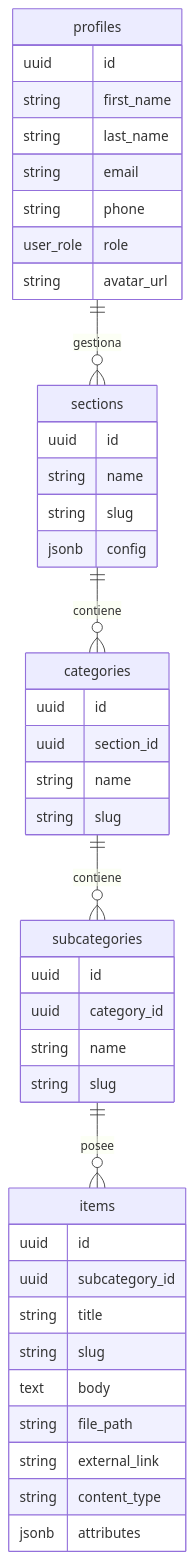
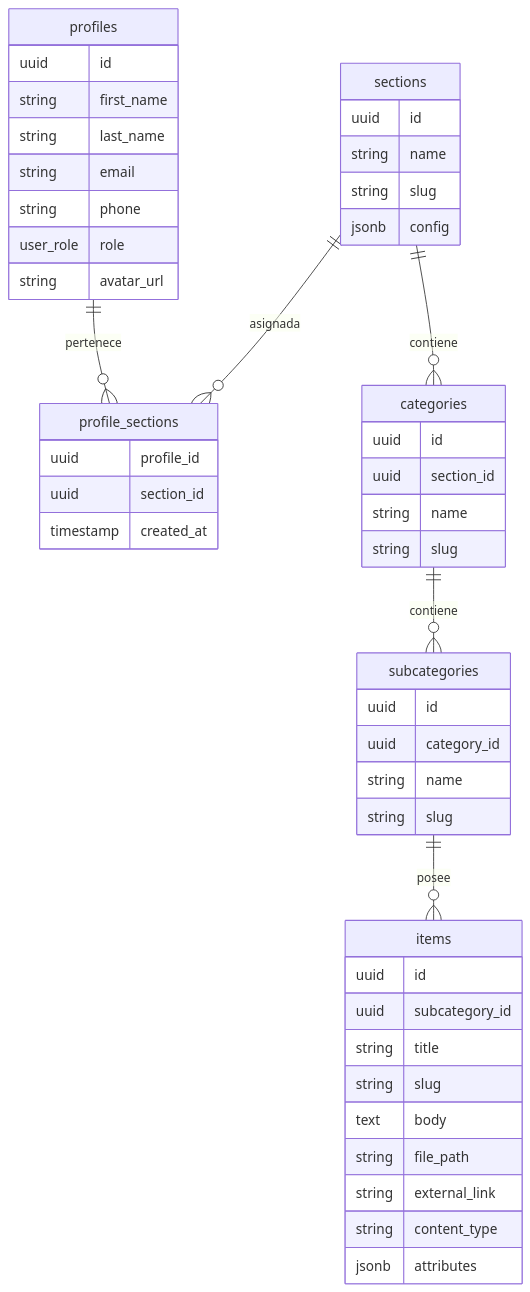
The diagram in docs/DATABASE_DESIGN.md (FMontes-alt/AdminPanel-Telmark), drawn with Mermaid before and after one commit. The commit also changed other lines of this file and 1 other file, not shown here.

Commit message:
feat: Implement initial database schema with Drizzle ORM and document its design, including ERD and SQL.

````diff
--- a/docs/DATABASE_DESIGN.md
+++ b/docs/DATABASE_DESIGN.md
@@ -20,50 +20,57 @@
 ```mermaid
 erDiagram
-    profiles ||--o{ sections : "gestiona"
+    profiles ||--o{ profile_sections : "pertenece"
+    sections ||--o{ profile_sections : "asignada"
     sections ||--o{ categories : "contiene"
     categories ||--o{ subcategories : "contiene"
     subcategories ||--o{ items : "posee"
+
+    profile_sections {
+        uuid profile_id
+        uuid section_id
+        timestamp created_at
+    }
 
     profiles {
         uuid id
         string first_name
         string last_name
         string email
         string phone
         user_role role
         string avatar_url
     }
 
     sections {
         uuid id
         string name
         string slug
         jsonb config
     }
 
     categories {
         uuid id
         uuid section_id
         string name
         string slug
     }
 
     subcategories {
         uuid id
         uuid category_id
         string name
         string slug
     }
 
     items {
         uuid id
         uuid subcategory_id
         string title
         string slug
         text body
         string file_path
         string external_link
         string content_type
         jsonb attributes
     }
 ```
````
